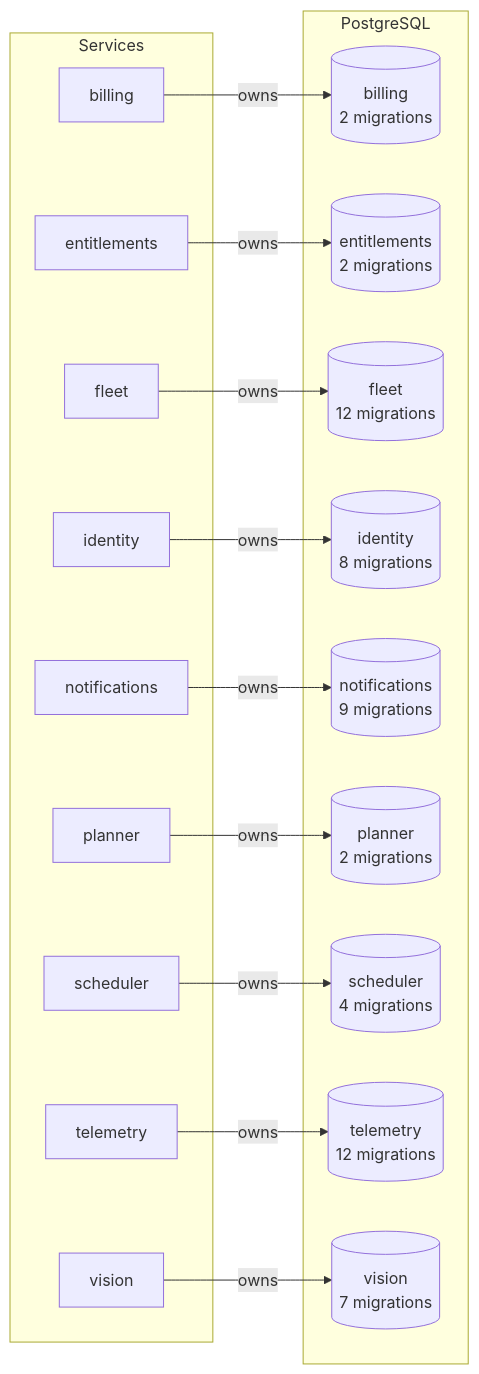
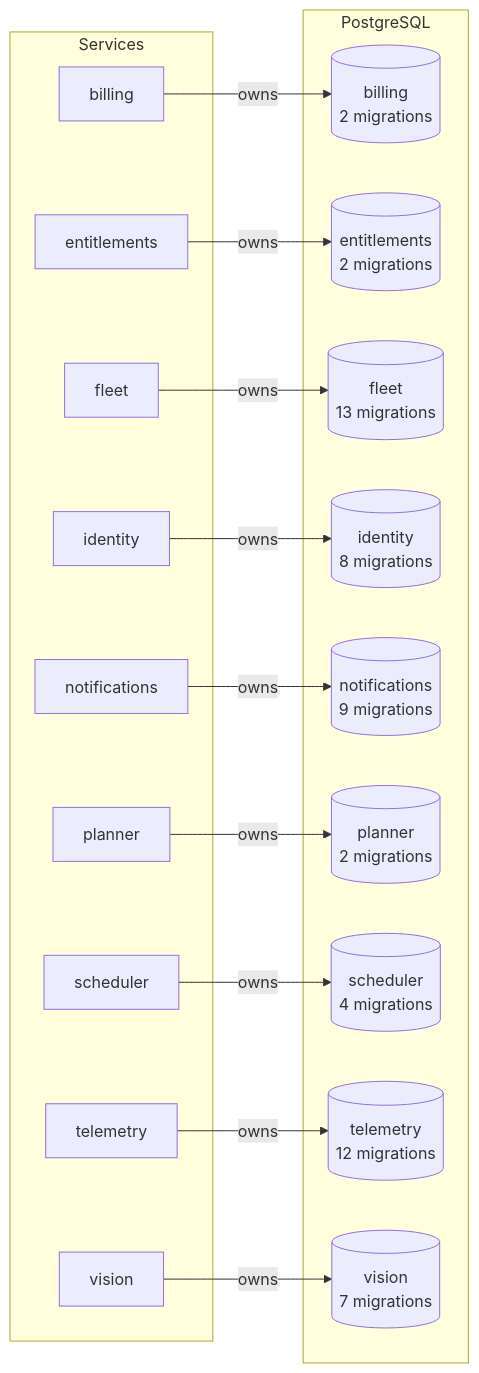
One commit to lukislp/mowdeck changed diagram 15 of 15 in docs/architecture/generated.md. Above: the diagram before and after it, drawn with Mermaid. The commit also changed other lines of this file and 120 other files, not shown here.

````diff
--- a/docs/architecture/generated.md
+++ b/docs/architecture/generated.md
@@ -541,34 +539,34 @@
 ```mermaid
 flowchart LR
   subgraph apps[Services]
     billing["billing"]
     entitlements["entitlements"]
     fleet["fleet"]
     identity["identity"]
     notifications["notifications"]
     planner["planner"]
     scheduler["scheduler"]
     telemetry["telemetry"]
     vision["vision"]
   end
   subgraph pg[PostgreSQL]
     db_billing[("billing<br/>2 migrations")]
     db_entitlements[("entitlements<br/>2 migrations")]
-    db_fleet[("fleet<br/>12 migrations")]
+    db_fleet[("fleet<br/>13 migrations")]
     db_identity[("identity<br/>8 migrations")]
     db_notifications[("notifications<br/>9 migrations")]
     db_planner[("planner<br/>2 migrations")]
     db_scheduler[("scheduler<br/>4 migrations")]
     db_telemetry[("telemetry<br/>12 migrations")]
     db_vision[("vision<br/>7 migrations")]
   end
   billing -->|owns| db_billing
   entitlements -->|owns| db_entitlements
   fleet -->|owns| db_fleet
   identity -->|owns| db_identity
   notifications -->|owns| db_notifications
   planner -->|owns| db_planner
   scheduler -->|owns| db_scheduler
   telemetry -->|owns| db_telemetry
   vision -->|owns| db_vision
 ```
````
